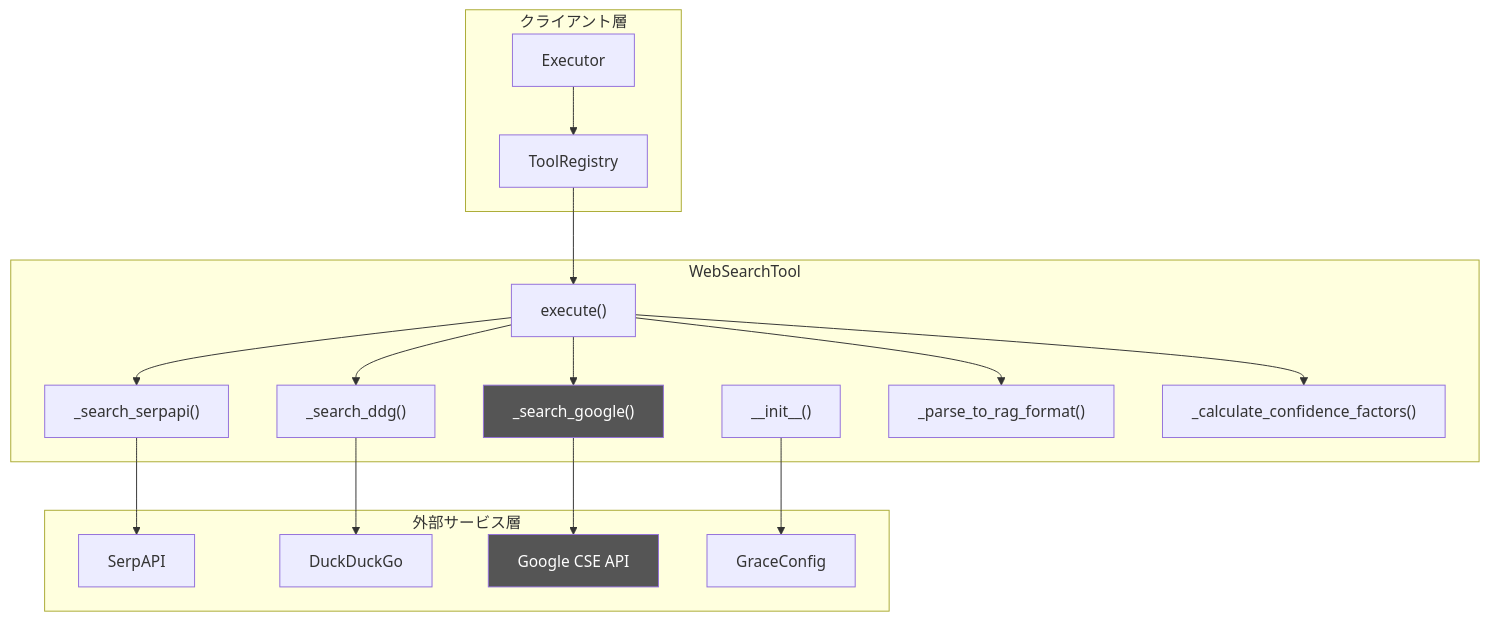
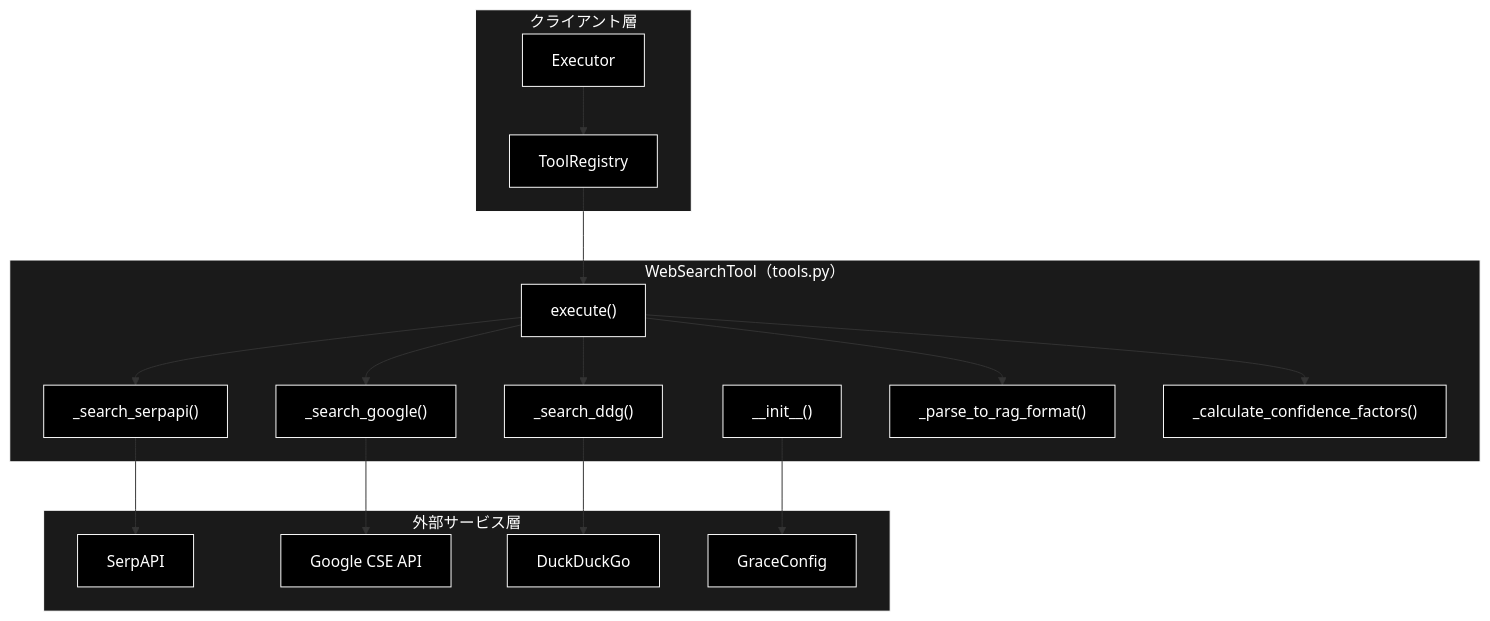
Before and after one commit to nakashima2toshio/anthropic_grace_agent_v2: the first of 3 diagrams in grace/doc/web_search.md, drawn with Mermaid. The commit also changed other lines of this file, not shown here.

First line of the commit message:
docs(grace): web_search.md を最新化（WebSearchTool 実装に整合, v1.1）

````diff
--- a/grace/doc/web_search.md
+++ b/grace/doc/web_search.md
@@ -266,39 +90,42 @@
 ```mermaid
 flowchart TB
     subgraph CLIENT["クライアント層"]
         EXECUTOR["Executor"]
         REGISTRY["ToolRegistry"]
     end
 
-    subgraph MODULE["WebSearchTool"]
+    subgraph MODULE["WebSearchTool（tools.py）"]
         INIT["__init__()"]
         EXECUTE["execute()"]
         SERPAPI["_search_serpapi()"]
+        GOOGLE["_search_google()"]
         DDG["_search_ddg()"]
-        GOOGLE["_search_google()"]
         PARSE["_parse_to_rag_format()"]
         CONF["_calculate_confidence_factors()"]
     end
 
     subgraph EXTERNAL["外部サービス層"]
         SERPAPI_API["SerpAPI"]
+        GOOGLE_API["Google CSE API"]
         DDG_API["DuckDuckGo"]
-        GOOGLE_API["Google CSE API"]
         CONFIG_SVC["GraceConfig"]
     end
 
     EXECUTOR --> REGISTRY
     REGISTRY --> EXECUTE
     INIT --> CONFIG_SVC
     EXECUTE --> SERPAPI
+    EXECUTE --> GOOGLE
     EXECUTE --> DDG
-    EXECUTE --> GOOGLE
     SERPAPI --> SERPAPI_API
+    GOOGLE --> GOOGLE_API
     DDG --> DDG_API
-    GOOGLE --> GOOGLE_API
     EXECUTE --> PARSE
     EXECUTE --> CONF
-
-    style GOOGLE fill:#555,color:#fff
-    style GOOGLE_API fill:#555,color:#fff
+classDef default fill:#000,stroke:#fff,color:#fff
+classDef subgraphStyle fill:#1a1a1a,stroke:#fff,color:#fff
+class EXECUTOR,REGISTRY,INIT,EXECUTE,SERPAPI,GOOGLE,DDG,PARSE,CONF,SERPAPI_API,GOOGLE_API,DDG_API,CONFIG_SVC default
+style CLIENT fill:#1a1a1a,stroke:#fff,color:#fff
+style MODULE fill:#1a1a1a,stroke:#fff,color:#fff
+style EXTERNAL fill:#1a1a1a,stroke:#fff,color:#fff
 ```
````
